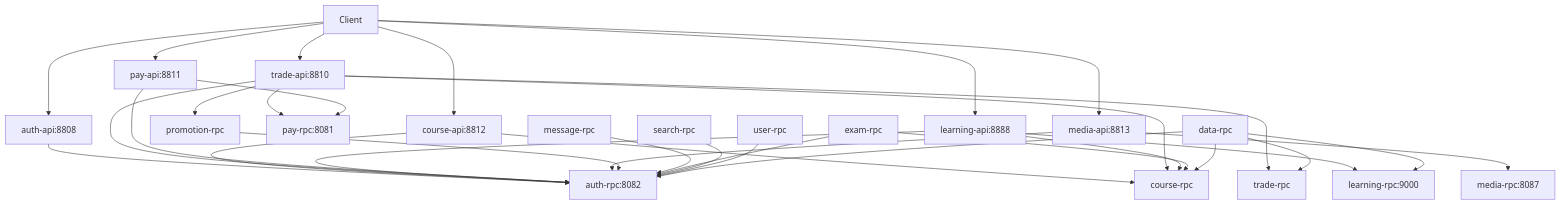
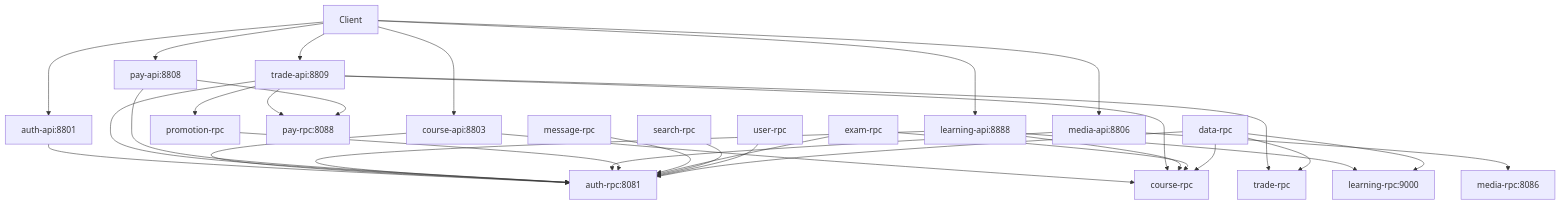
Before and after one commit to SonderLives/tjxt: the diagram in .cursor/repowiki/00-architecture/service-topology.md, drawn with Mermaid. The commit also changed 47 other files, not shown here.

````diff
--- a/.cursor/repowiki/00-architecture/service-topology.md
+++ b/.cursor/repowiki/00-architecture/service-topology.md
@@ -7,36 +7,36 @@
 ```mermaid
 graph TD
-    Client[Client] --> AuthAPI[auth-api:8808]
-    Client --> CourseAPI[course-api:8812]
-    Client --> TradeAPI[trade-api:8810]
+    Client[Client] --> AuthAPI[auth-api:8801]
+    Client --> CourseAPI[course-api:8803]
+    Client --> TradeAPI[trade-api:8809]
     Client --> LearningAPI[learning-api:8888]
-    Client --> PayAPI[pay-api:8811]
-    Client --> MediaAPI[media-api:8813]
+    Client --> PayAPI[pay-api:8808]
+    Client --> MediaAPI[media-api:8806]
 
-    AuthAPI --> AuthRPC[auth-rpc:8082]
+    AuthAPI --> AuthRPC[auth-rpc:8081]
     CourseAPI --> CourseRPC[course-rpc]
     CourseAPI --> AuthRPC
     TradeAPI --> TradeRPC[trade-rpc]
     TradeAPI --> AuthRPC
     TradeAPI --> CourseRPC
-    TradeAPI --> PayRPC[pay-rpc:8081]
+    TradeAPI --> PayRPC[pay-rpc:8088]
     TradeAPI --> PromotionRPC[promotion-rpc]
     LearningAPI --> LearningRPC[learning-rpc:9000]
     LearningAPI --> AuthRPC
     LearningAPI --> CourseRPC
     PayAPI --> PayRPC
     PayAPI --> AuthRPC
-    MediaAPI --> MediaRPC[media-rpc:8087]
+    MediaAPI --> MediaRPC[media-rpc:8086]
     MediaAPI --> AuthRPC
 
     PromotionRPC --> AuthRPC
     MessageRPC[message-rpc] --> AuthRPC
     ExamRPC[exam-rpc] --> AuthRPC
     ExamRPC --> CourseRPC
     SearchRPC[search-rpc] --> AuthRPC
     UserRPC[user-rpc] --> AuthRPC
     DataRPC[data-rpc] --> AuthRPC
     DataRPC --> CourseRPC
     DataRPC --> TradeRPC
     DataRPC --> LearningRPC
 ```
````
